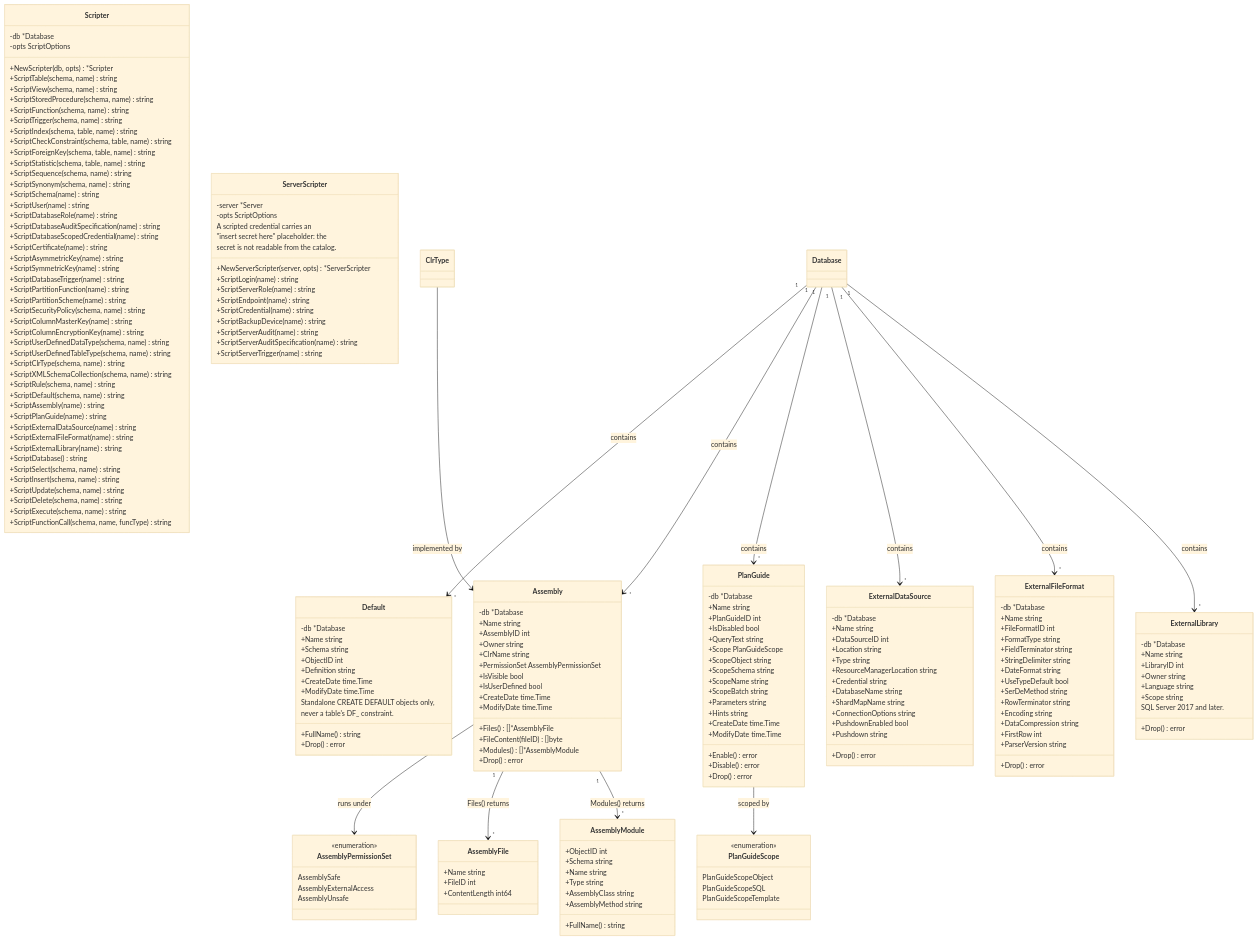
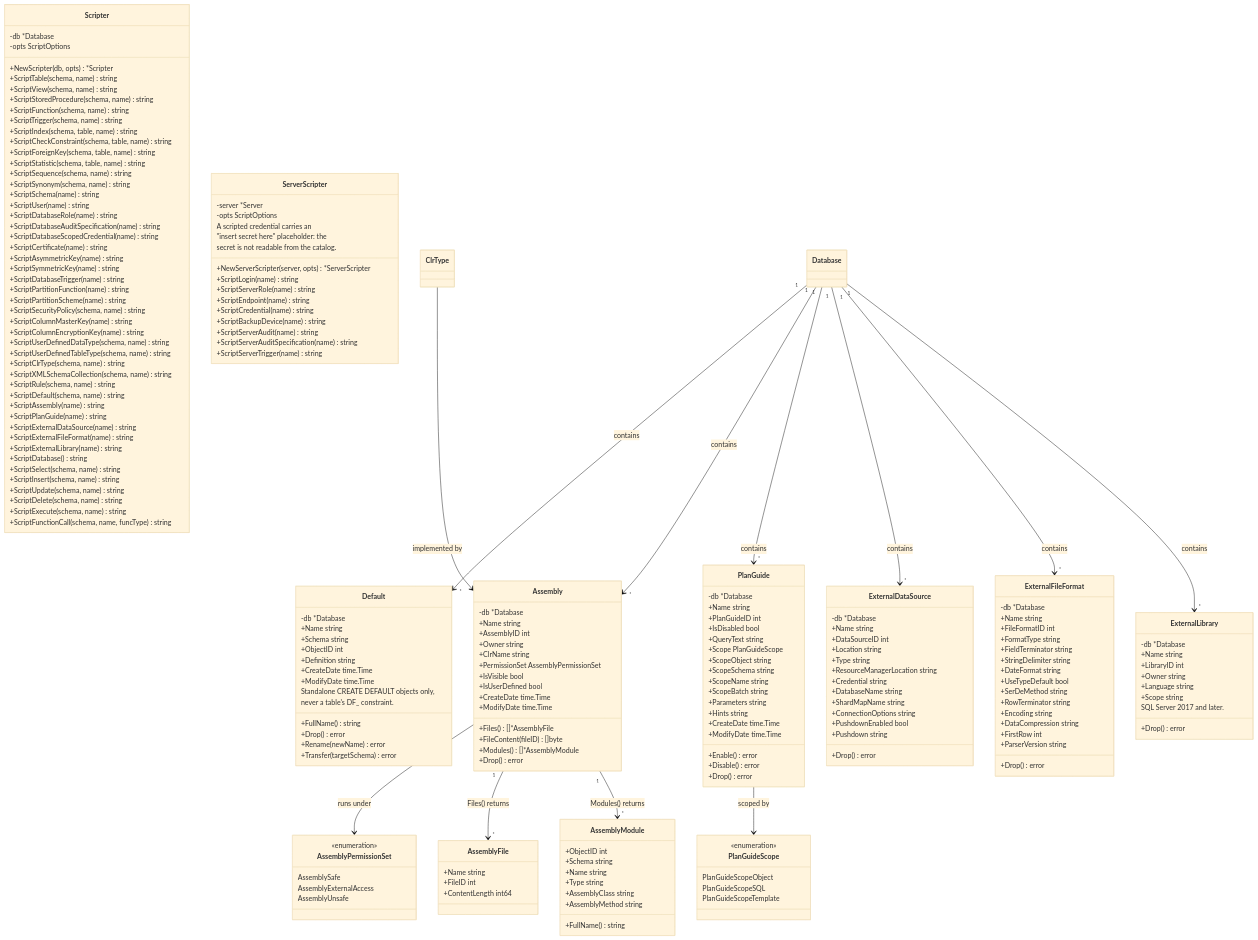
One commit to radix29/gosmo changed the diagram in diagram/12-programmability-and-external.mmd. Above: the diagram before and after it, drawn with Mermaid (base theme). The commit also changed 96 other files, not shown here.

First line of the commit message:
Add support for schema object management and enhance testing

```diff
--- a/diagram/12-programmability-and-external.mmd
+++ b/diagram/12-programmability-and-external.mmd
@@ -15,6 +15,8 @@
         +ModifyDate time.Time
         +FullName() string
         +Drop() error
+        +Rename(newName) error
+        +Transfer(targetSchema) error
         Standalone CREATE DEFAULT objects only,
         never a table's DF_ constraint.
     }
```
